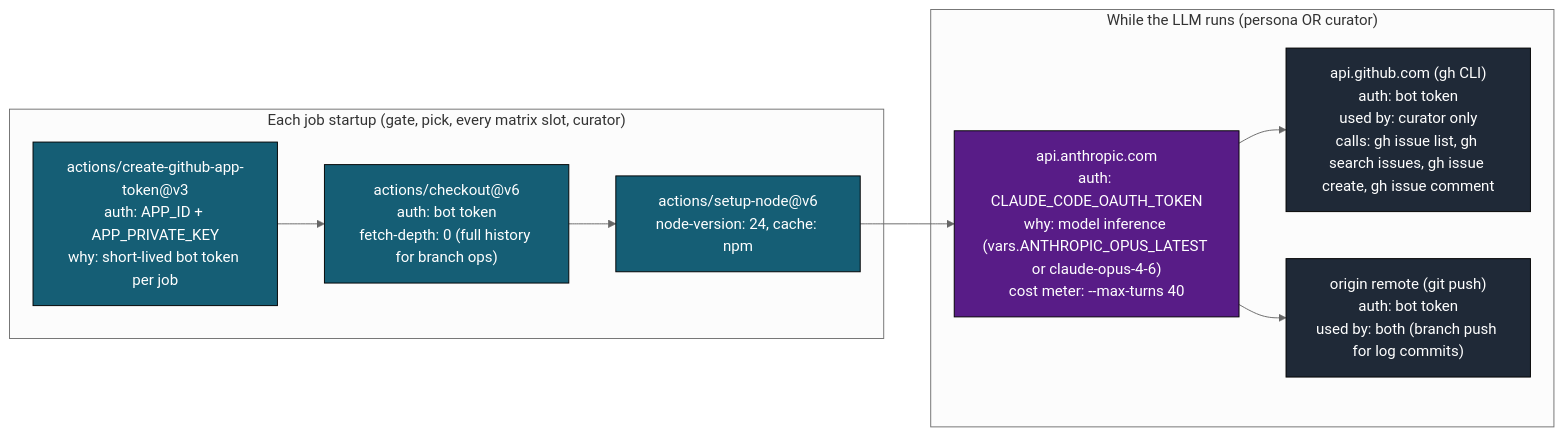
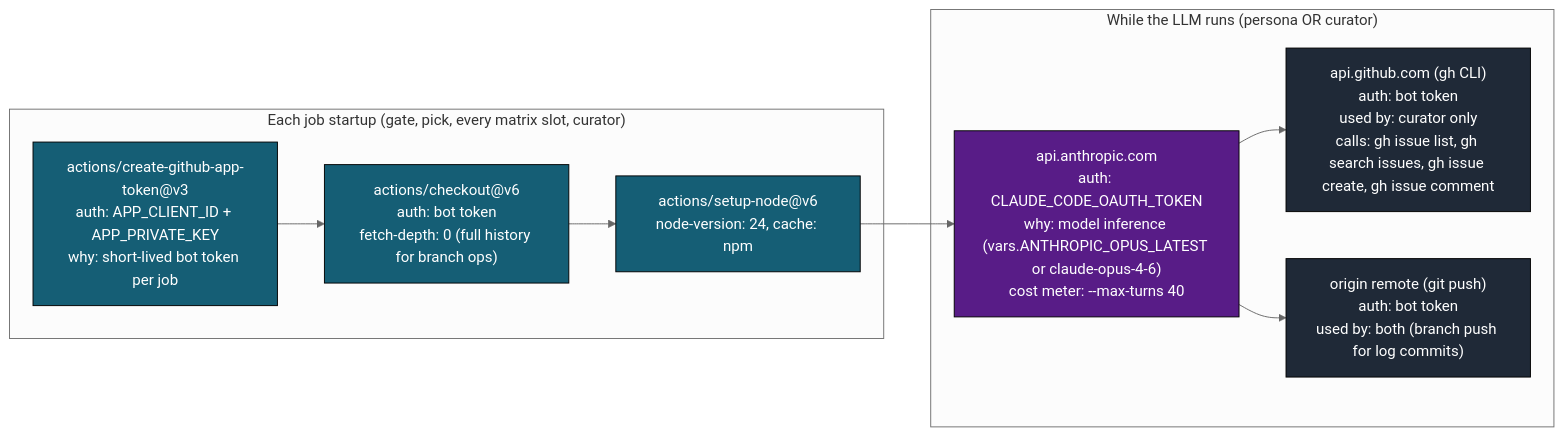
One commit to llm-exe/llm-exe changed the eighth of 12 diagrams in .github/docs/PERSONAS_RUN_DEEP_DIVE.md. Above: the diagram before and after it, drawn with Mermaid (neutral theme). The commit also changed other lines of this file and 13 other files, not shown here.

Commit message:
fix: update references from APP_ID to APP_CLIENT_ID in documentation

````diff
--- a/.github/docs/PERSONAS_RUN_DEEP_DIVE.md
+++ b/.github/docs/PERSONAS_RUN_DEEP_DIVE.md
@@ -482,24 +482,24 @@
 ```mermaid
 flowchart LR
     classDef pre fill:#155e75,color:#fff,stroke:#000
     classDef llm fill:#581c87,color:#fff,stroke:#000
     classDef gh fill:#1f2937,color:#fff,stroke:#000
 
     subgraph Pre["Each job startup (gate, pick, every matrix slot, curator)"]
-        c1["actions/create-github-app-token@v3\nauth: APP_ID + APP_PRIVATE_KEY\nwhy: short-lived bot token per job"]:::pre
+        c1["actions/create-github-app-token@v3\nauth: APP_CLIENT_ID + APP_PRIVATE_KEY\nwhy: short-lived bot token per job"]:::pre
         c2["actions/checkout@v6\nauth: bot token\nfetch-depth: 0 (full history for branch ops)"]:::pre
         c3["actions/setup-node@v6\nnode-version: 24, cache: npm"]:::pre
     end
 
     subgraph During["While the LLM runs (persona OR curator)"]
         d1["api.anthropic.com\nauth: CLAUDE_CODE_OAUTH_TOKEN\nwhy: model inference (vars.ANTHROPIC_OPUS_LATEST or claude-opus-4-6)\ncost meter: --max-turns 40"]:::llm
         d2["api.github.com (gh CLI)\nauth: bot token\nused by: curator only\ncalls: gh issue list, gh search issues, gh issue create, gh issue comment"]:::gh
         d3["origin remote (git push)\nauth: bot token\nused by: both (branch push for log commits)"]:::gh
     end
 
     c1 --> c2
     c2 --> c3
     c3 --> d1
     d1 --> d2
     d1 --> d3
 ```
````
